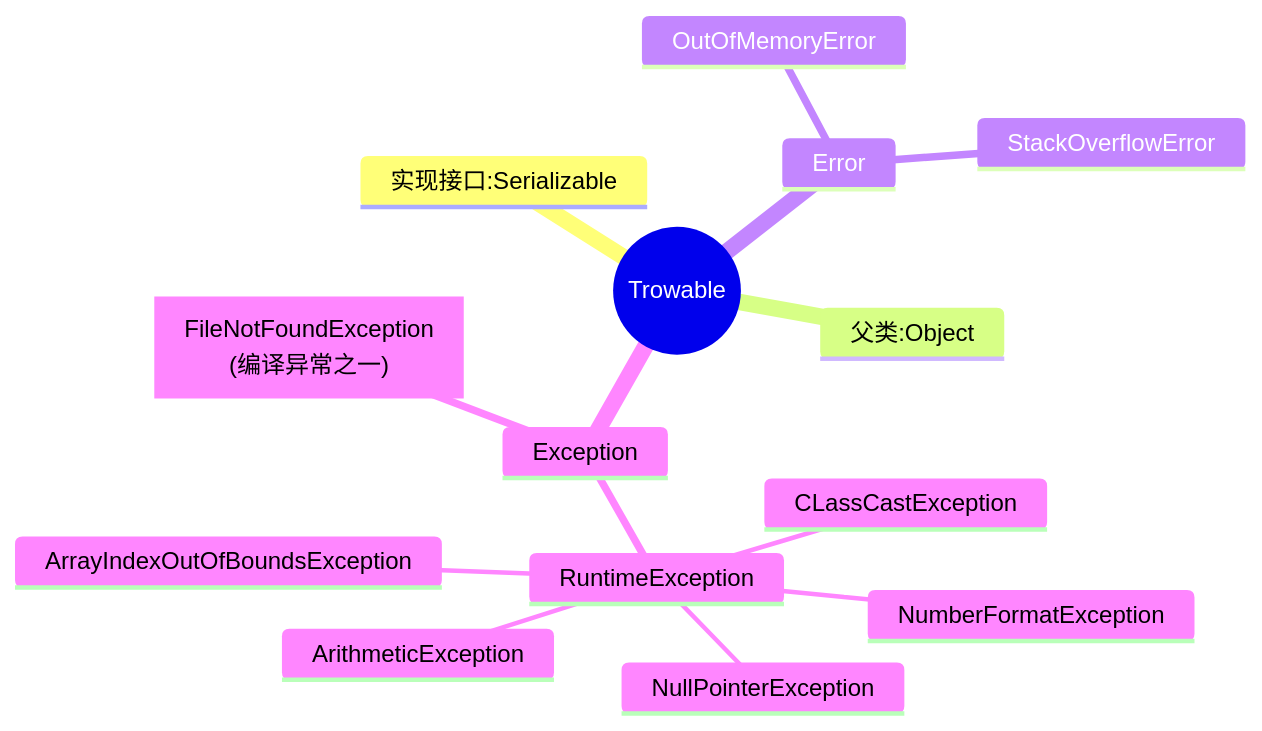
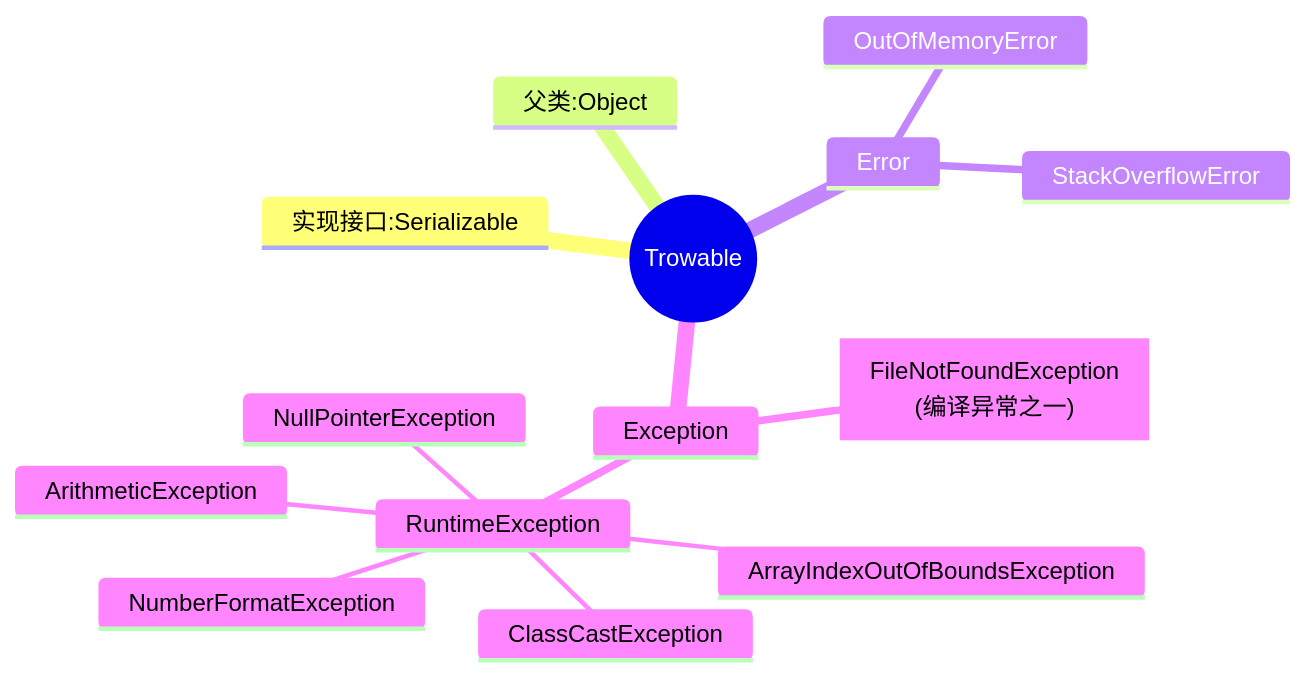
Before and after one commit to Stolorzs/JavaStudy: the diagram in markdown/异常.md, drawn with Mermaid. The commit also changed other lines of this file and 3 other files, not shown here.

````diff
--- a/markdown/异常.md
+++ b/markdown/异常.md
@@ -49,17 +49,17 @@
 ```mermaid
 mindmap
   root((Trowable))
     实现接口:Serializable
     父类:Object
     Error
       OutOfMemoryError
       StackOverflowError
     Exception
       a["FileNotFoundException<br>(编译异常之一)"]
       RuntimeException
         NullPointerException
         ArithmeticException
         ArrayIndexOutOfBoundsException
-        CLassCastException
+        ClassCastException
         NumberFormatException
 ```
````
